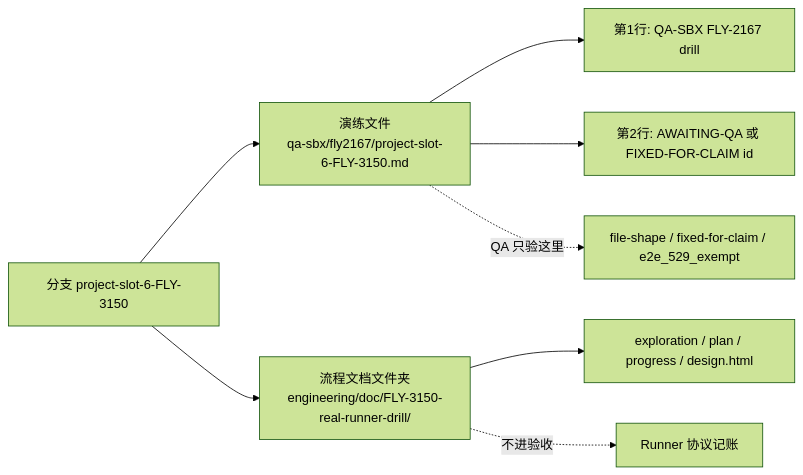
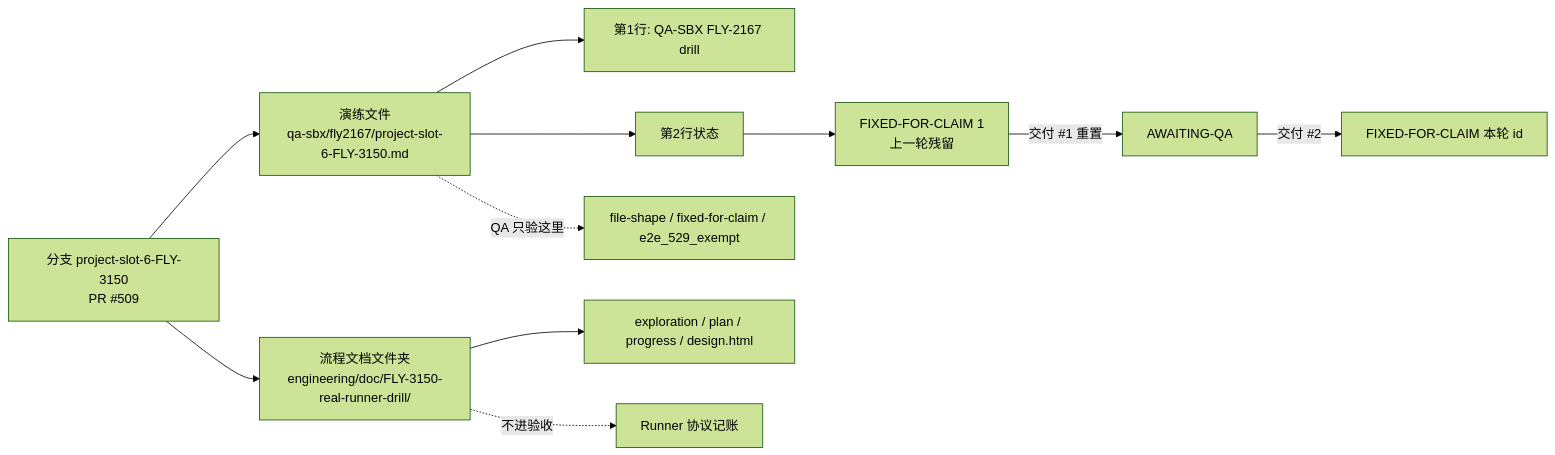
One commit to xrliAnnie/flywheel-qa-sandbox changed the diagram in engineering/doc/FLY-3150-real-runner-drill/d2-data-model.mmd. Above: the diagram before and after it, drawn with Mermaid (forest theme). The commit also changed 5 other files, not shown here.

Commit message:
docs(qa-sbx): FLY-3150 design HTML + review record for run 5743a2f5

```diff
--- a/engineering/doc/FLY-3150-real-runner-drill/d2-data-model.mmd
+++ b/engineering/doc/FLY-3150-real-runner-drill/d2-data-model.mmd
@@ -1,8 +1,11 @@
 flowchart LR
-    B["分支 project-slot-6-FLY-3150"] --> T["演练文件<br/>qa-sbx/fly2167/project-slot-6-FLY-3150.md"]
+    B["分支 project-slot-6-FLY-3150<br/>PR #509"] --> T["演练文件<br/>qa-sbx/fly2167/project-slot-6-FLY-3150.md"]
     B --> P["流程文档文件夹<br/>engineering/doc/FLY-3150-real-runner-drill/"]
     T --> L1["第1行: QA-SBX FLY-2167 drill"]
-    T --> L2["第2行: AWAITING-QA 或 FIXED-FOR-CLAIM id"]
+    T --> L2["第2行状态"]
+    L2 --> S0["FIXED-FOR-CLAIM 1<br/>上一轮残留"]
+    S0 -->|"交付 #1 重置"| S1["AWAITING-QA"]
+    S1 -->|"交付 #2"| S2["FIXED-FOR-CLAIM 本轮 id"]
     P --> X["exploration / plan / progress / design.html"]
     T -. "QA 只验这里" .-> C["file-shape / fixed-for-claim / e2e_529_exempt"]
     P -. "不进验收" .-> N["Runner 协议记账"]
```
